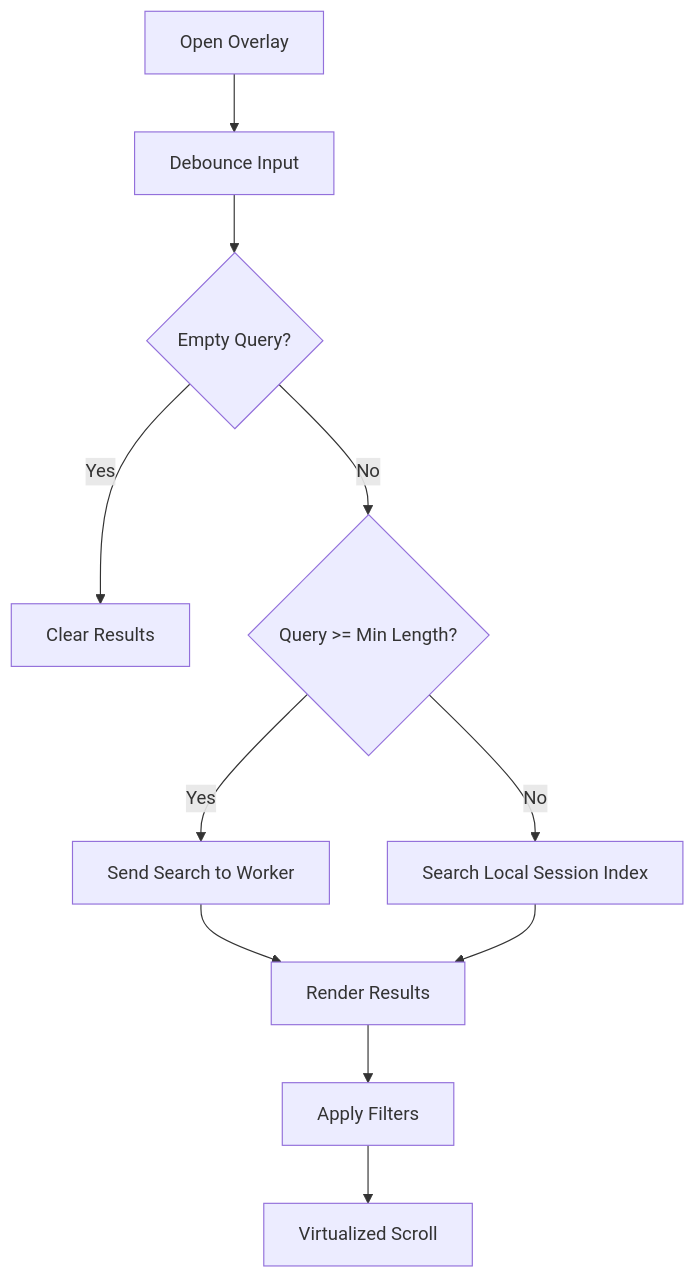
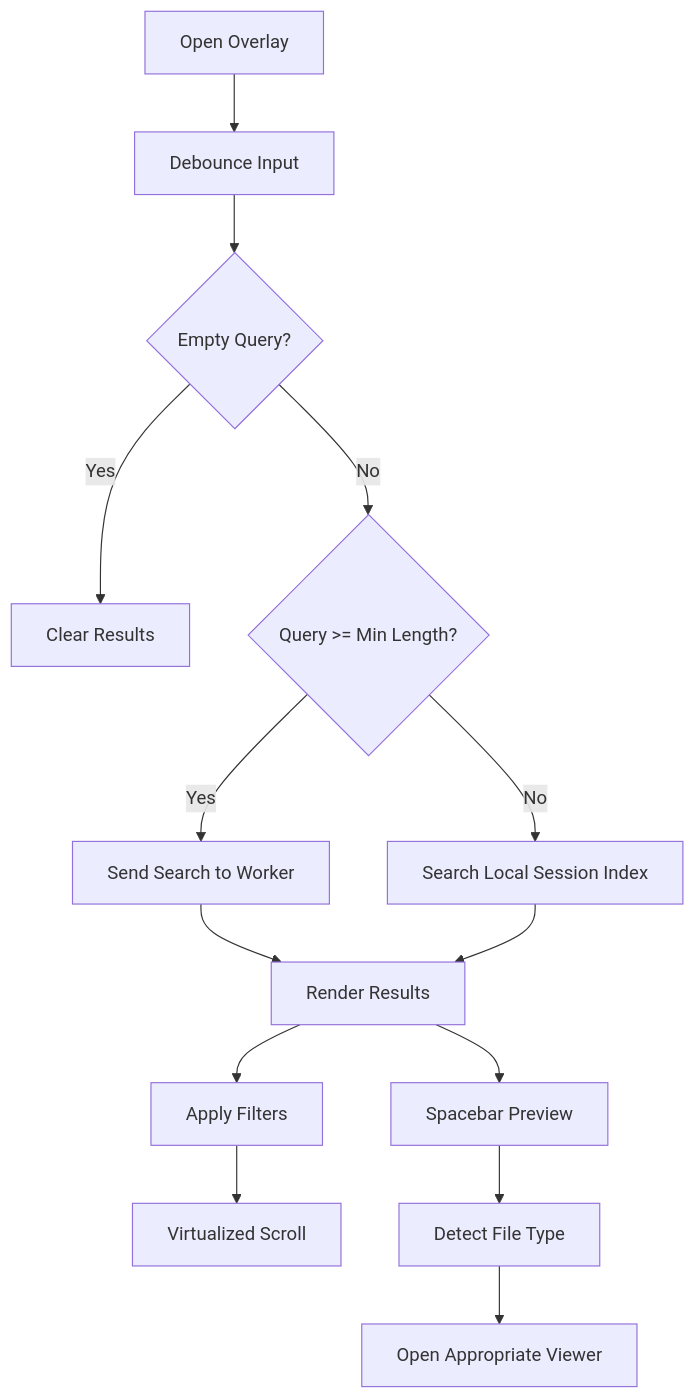
One commit to MTTamurex/MTT-File-Manager-RUST changed the sixth of 8 diagrams in .qoder/repowiki/en/content/Core Features/Global Search.md. Above: the diagram before and after it, drawn with Mermaid. The commit also changed other lines of this file and 1 other file, not shown here.

First line of the commit message:
docs(global_search): add preview functionality documentation and integration details

````diff
--- a/.qoder/repowiki/en/content/Core Features/Global Search.md
+++ b/.qoder/repowiki/en/content/Core Features/Global Search.md
@@ -273,13 +315,16 @@
 ```mermaid
 flowchart TD
 Open["Open Overlay"] --> Debounce["Debounce Input"]
 Debounce --> Empty{"Empty Query?"}
 Empty --> |Yes| Clear["Clear Results"]
 Empty --> |No| Threshold{"Query >= Min Length?"}
 Threshold --> |Yes| Service["Send Search to Worker"]
 Threshold --> |No| Local["Search Local Session Index"]
 Service --> Render["Render Results"]
 Local --> Render
 Render --> Filters["Apply Filters"]
 Filters --> Scroll["Virtualized Scroll"]
+Render --> Preview["Spacebar Preview"]
+Preview --> Detect["Detect File Type"]
+Detect --> Viewer["Open Appropriate Viewer"]
 ```
````
